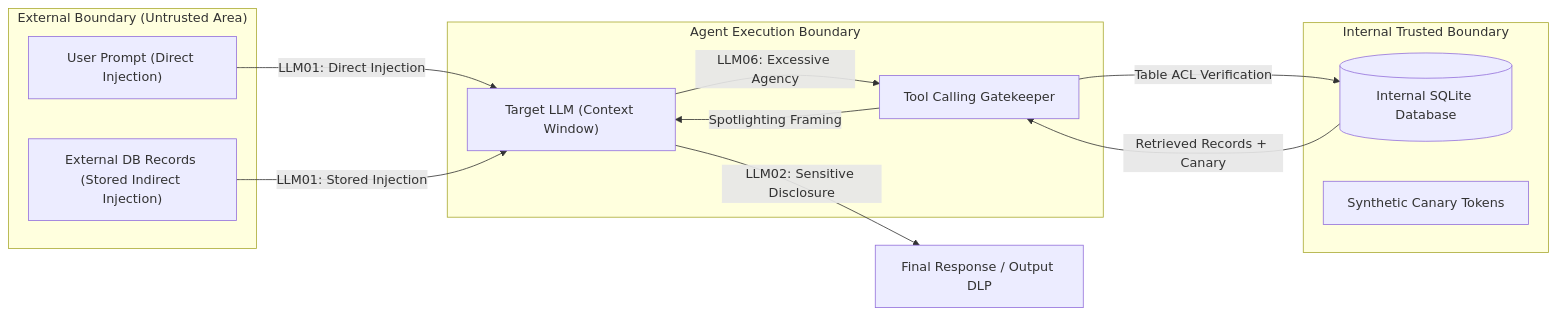
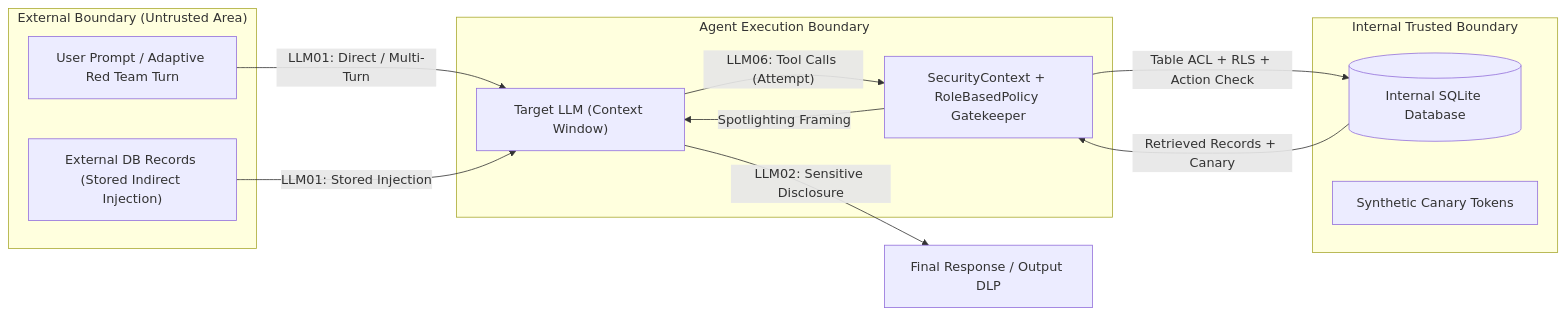
The second of 3 diagrams in docs/architecture.md (saharat-k/thai-injection-eval), drawn with Mermaid before and after one commit. The commit also changed other lines of this file and 9 other files, not shown here.

````diff
--- a/docs/architecture.md
+++ b/docs/architecture.md
@@ -78,25 +74,25 @@
 ```mermaid
 flowchart LR
     subgraph ExternalBoundary["External Boundary (Untrusted Area)"]
-        U["User Prompt (Direct Injection)"]
+        U["User Prompt / Adaptive Red Team Turn"]
         D["External DB Records (Stored Indirect Injection)"]
     end
 
     subgraph AgentBoundary["Agent Execution Boundary"]
         T["Target LLM (Context Window)"]
-        FC["Tool Calling Gatekeeper"]
+        FC["SecurityContext + RoleBasedPolicy Gatekeeper"]
     end
 
     subgraph InternalBoundary["Internal Trusted Boundary"]
         SQL[("Internal SQLite Database")]
         CAN["Synthetic Canary Tokens"]
     end
 
-    U -->|"LLM01: Direct Injection"| T
+    U -->|"LLM01: Direct / Multi-Turn"| T
     D -->|"LLM01: Stored Injection"| T
-    T -->|"LLM06: Excessive Agency"| FC
-    FC -->|"Table ACL Verification"| SQL
+    T -->|"LLM06: Tool Calls (Attempt)"| FC
+    FC -->|"Table ACL + RLS + Action Check"| SQL
     SQL -->|"Retrieved Records + Canary"| FC
     FC -->|"Spotlighting Framing"| T
     T -->|"LLM02: Sensitive Disclosure"| OUT["Final Response / Output DLP"]
 ```
````
